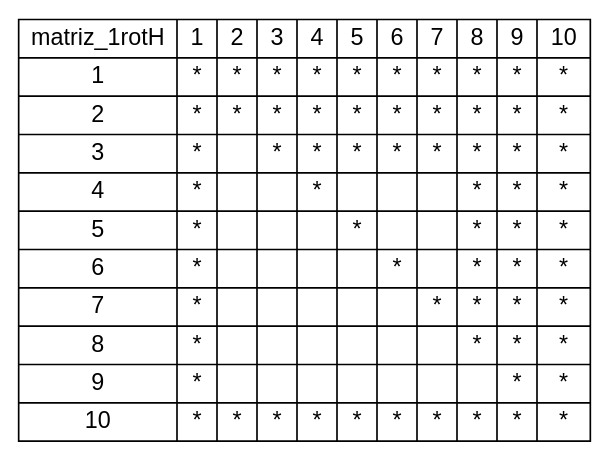
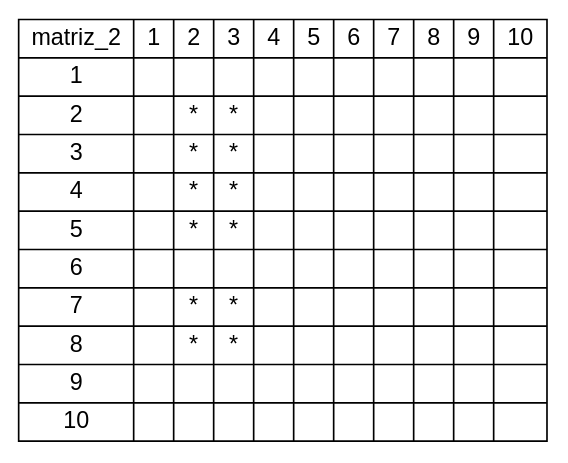
The diagram in Reporte.dot (DarlenyY/IPC2_Proyecto2_201902209), drawn with Graphviz before and after one commit. The commit also changed 3 other files, not shown here.

```diff
--- a/Reporte.dot
+++ b/Reporte.dot
@@ -1,1 +1,1 @@
-digraph G {node [fontname="Arial"];node_A [shape=record    label="{matriz_1rotH|1|2|3|4|5|6|7|8|9|10}|{1|*|*|*|*|*|*|*|*|*|*}|{2|*|*| | | | | | | |*}|{3|*|*|*| | | | | | |*}|{4|*|*|*|*| | | | | |*}|{5|*|*|*| |*| | | | |*}|{6|*|*|*| | |*| | | |*}|{7|*|*|*| | | |*| | |*}|{8|*|*|*|*|*|*|*|*| |*}|{9|*|*|*|*|*|*|*|*|*|*}|{10|*|*|*|*|*|*|*|*|*|*}"];} 
+digraph G {node [fontname="Arial"];node_A [shape=record    label="{matriz_2|1|2|3|4|5|6|7|8|9|10}|{1| | | | | | | | | | }|{2| |*|*|*|*| |*|*| | }|{3| |*|*|*|*| |*|*| | }|{4| | | | | | | | | | }|{5| | | | | | | | | | }|{6| | | | | | | | | | }|{7| | | | | | | | | | }|{8| | | | | | | | | | }|{9| | | | | | | | | | }|{10| | | | | | | | | | }"];} 
```
